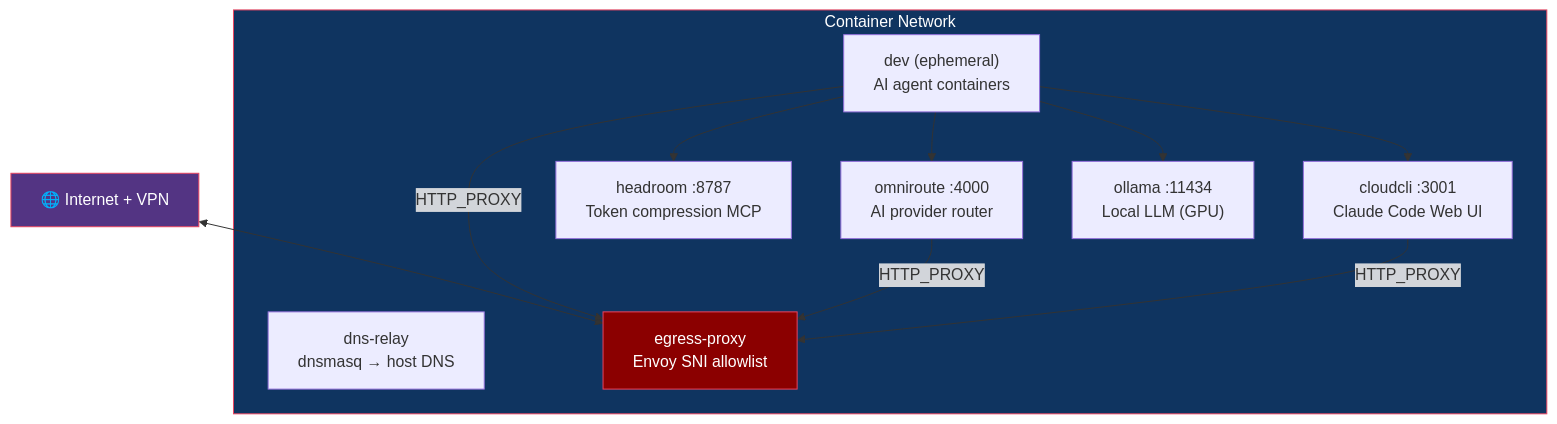
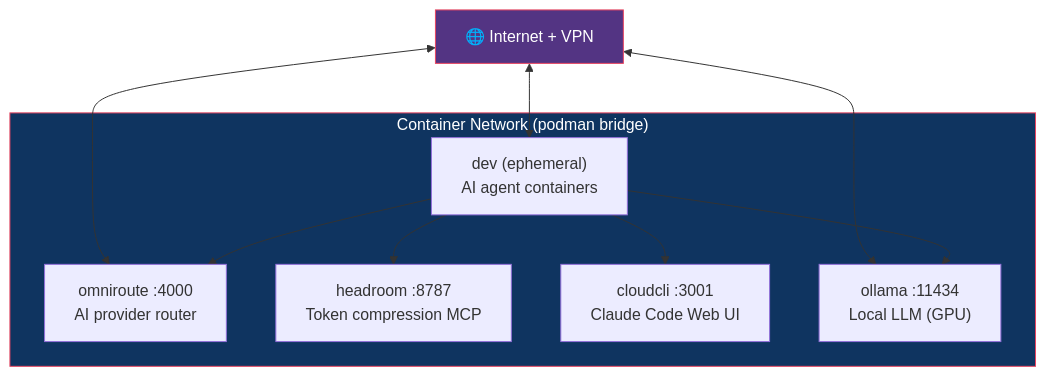
Before and after one commit to dmzoneill/securetty: the first of 5 diagrams in README.md, drawn with Mermaid. The commit also changed other lines of this file and 2 other files, not shown here.

Commit message:
docs: update README for rootless, remove egress/dns-relay refs

````diff
--- a/README.md
+++ b/README.md
@@ -7,27 +7,23 @@
 ```mermaid
 graph TD
     Internet["🌐 Internet + VPN"]
 
-    subgraph network["Container Network"]
-        DNS["dns-relay<br/>dnsmasq → host DNS"]
-        Egress["egress-proxy<br/>Envoy SNI allowlist"]
+    subgraph network["Container Network (podman bridge)"]
         OmniRoute["omniroute :4000<br/>AI provider router"]
         Headroom["headroom :8787<br/>Token compression MCP"]
         CloudCLI["cloudcli :3001<br/>Claude Code Web UI"]
         Ollama["ollama :11434<br/>Local LLM (GPU)"]
         Dev["dev (ephemeral)<br/>AI agent containers"]
     end
 
-    Internet <--> Egress
-    Dev -->|"HTTP_PROXY"| Egress
-    OmniRoute -->|"HTTP_PROXY"| Egress
-    CloudCLI -->|"HTTP_PROXY"| Egress
+    Internet <--> Dev
+    Internet <--> OmniRoute
+    Internet <--> Ollama
     Dev --> OmniRoute
     Dev --> Headroom
     Dev --> Ollama
     Dev --> CloudCLI
 
     style network fill:#0f3460,stroke:#e94560,color:#fff
     style Internet fill:#533483,stroke:#e94560,color:#fff
-    style Egress fill:#8B0000,stroke:#e94560,color:#fff
 ```
````
